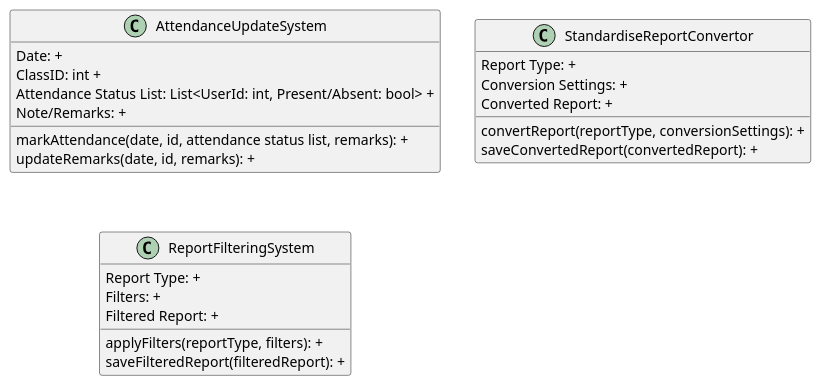
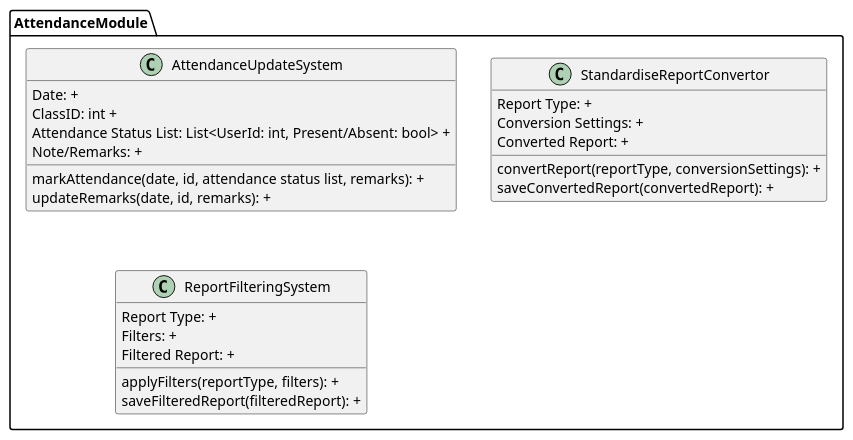
Before and after one commit to anshium/DASS-Assignment-3-IMS-System-Design: the diagram in attendance.plantuml, drawn with PlantUML. The commit also changed 9 other files, not shown here.

```diff
--- a/attendance.plantuml
+++ b/attendance.plantuml
@@ -1,28 +1,29 @@
 @startuml attendance
 
-class AttendanceUpdateSystem {
-    Date: +
-    ClassID: int +
-    Attendance Status List: List<UserId: int, Present/Absent: bool> +
-    Note/Remarks: +
-    markAttendance(date, id, attendance status list, remarks): +
-    updateRemarks(date, id, remarks): +
+package AttendanceModule {
+	class AttendanceUpdateSystem {
+		Date: +
+		ClassID: int +
+		Attendance Status List: List<UserId: int, Present/Absent: bool> +
+		Note/Remarks: +
+		markAttendance(date, id, attendance status list, remarks): +
+		updateRemarks(date, id, remarks): +
+	}
+
+	class StandardiseReportConvertor {
+		Report Type: +
+		Conversion Settings: +
+		Converted Report: +
+		convertReport(reportType, conversionSettings): +
+		saveConvertedReport(convertedReport): +
+	}
+
+	class ReportFilteringSystem {
+		Report Type: +
+		Filters: +
+		Filtered Report: +
+		applyFilters(reportType, filters): +
+		saveFilteredReport(filteredReport): +
+	}
 }
-
-class StandardiseReportConvertor {
-    Report Type: +
-    Conversion Settings: +
-    Converted Report: +
-    convertReport(reportType, conversionSettings): +
-    saveConvertedReport(convertedReport): +
-}
-
-class ReportFilteringSystem {
-    Report Type: +
-    Filters: +
-    Filtered Report: +
-    applyFilters(reportType, filters): +
-    saveFilteredReport(filteredReport): +
-}
-
 @enduml
```
